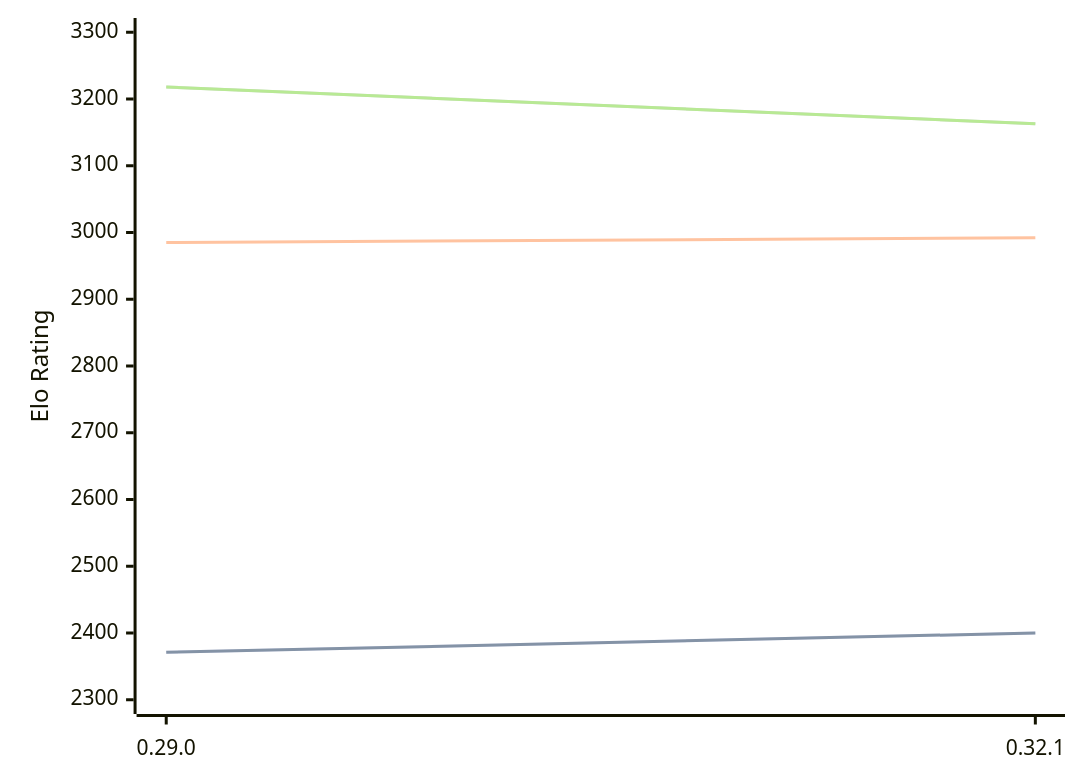
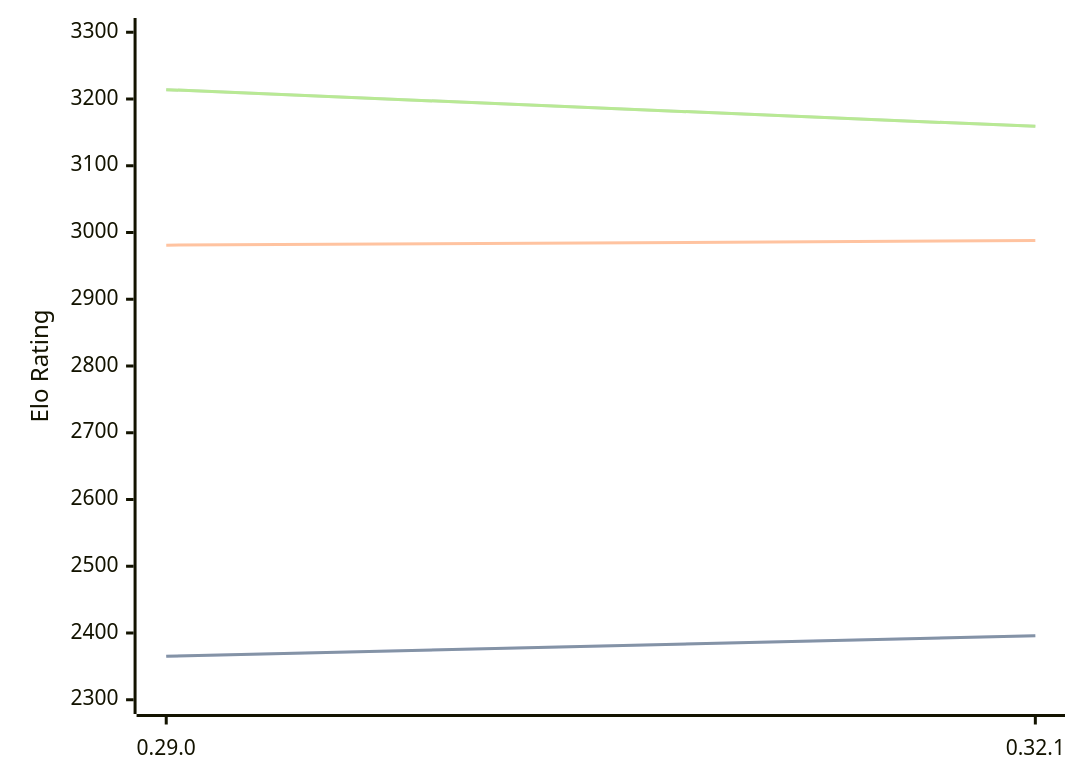
One commit to computer-chess-index/cci changed the first of 3 diagrams in engines/Lc0.md. Above: the diagram before and after it, drawn with Mermaid. The commit also changed other lines of this file, not shown here.

Commit message:
Update CCI Ratings (ELO VLTC) - 2026-07-16

````diff
--- a/engines/Lc0.md
+++ b/engines/Lc0.md
@@ -68,11 +68,11 @@
 ```mermaid
 %%{init: {"theme":"base","themeVariables":{"seriesColors:['#a3a3a3','#222221','#faa371']}}}%%
 xychart-beta
   x-axis ["0.29.0", "0.32.1"]
   y-axis "Elo Rating" 2300 --> 3300
-  line "STC (8.0+0.08s)" [2371, 2400]
-  line "STC (8.0+0.08s)" [2371, 2400]
-  line "LTC (60.0+0.60s)" [2985, 2992]
-  line "VLTC (2m24s+1.12s)" [3218, 3163]
-  line "VLTC (2m24s+1.12s)" [3218, 3163]
+  line "STC (8.0+0.08s)" [2365, 2396]
+  line "STC (8.0+0.08s)" [2365, 2396]
+  line "LTC (60.0+0.60s)" [2981, 2988]
+  line "VLTC (2m24s+1.12s)" [3214, 3159]
+  line "VLTC (2m24s+1.12s)" [3214, 3159]
 ```
````
